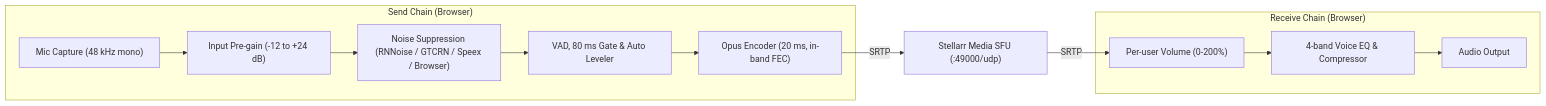
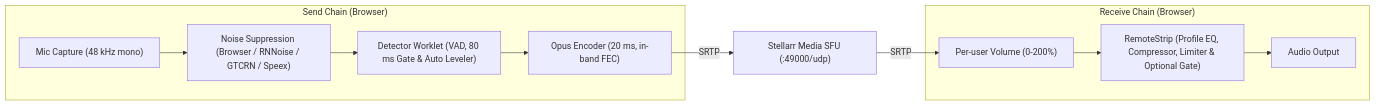
Before and after one commit to Arkazzae/Stellar: the second of 2 diagrams in docs/rtc-protocol.md, drawn with Mermaid. The commit also changed other lines of this file and 31 other files, not shown here.

````diff
--- a/docs/rtc-protocol.md
+++ b/docs/rtc-protocol.md
@@ -172,18 +173,17 @@
 ```mermaid
 flowchart LR
     subgraph Send["Send Chain (Browser)"]
-        Mic["Mic Capture (48 kHz mono)"] --> Gain["Input Pre-gain (-12 to +24 dB)"]
-        Gain --> Denoise["Noise Suppression (RNNoise / GTCRN / Speex / Browser)"]
-        Denoise --> Gate["VAD, 80 ms Gate & Auto Leveler"]
-        Gate --> Opus["Opus Encoder (20 ms, in-band FEC)"]
+        Mic["Mic Capture (48 kHz mono)"] --> Denoise["Noise Suppression (Browser / RNNoise / GTCRN / Speex)"]
+        Denoise --> Detector["Detector Worklet (VAD, 80 ms Gate & Auto Leveler)"]
+        Detector --> Opus["Opus Encoder (20 ms, in-band FEC)"]
     end
 
     SFU["Stellarr Media SFU (:49000/udp)"]
 
     subgraph Receive["Receive Chain (Browser)"]
-        Vol["Per-user Volume (0-200%)"] --> EQ["4-band Voice EQ & Compressor"]
-        EQ --> Out["Audio Output"]
+        Vol["Per-user Volume (0-200%)"] --> Strip["RemoteStrip (Profile EQ, Compressor, Limiter & Optional Gate)"]
+        Strip --> Out["Audio Output"]
     end
 
     Opus -->|"SRTP"| SFU -->|"SRTP"| Vol
 ```
````
